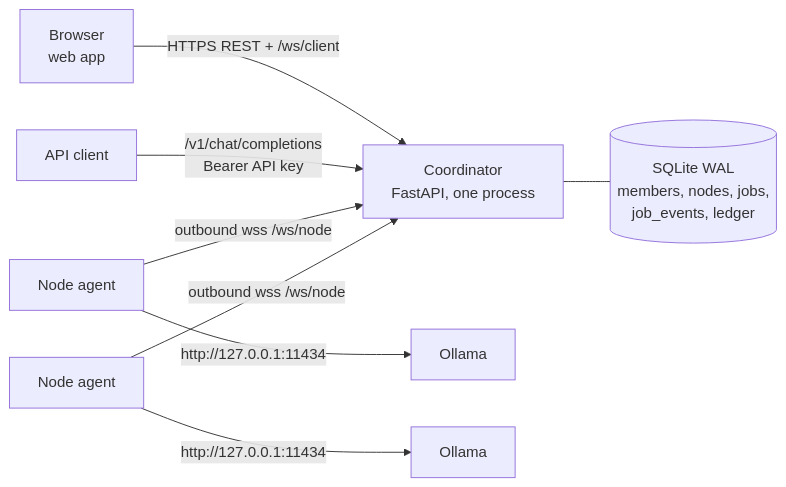
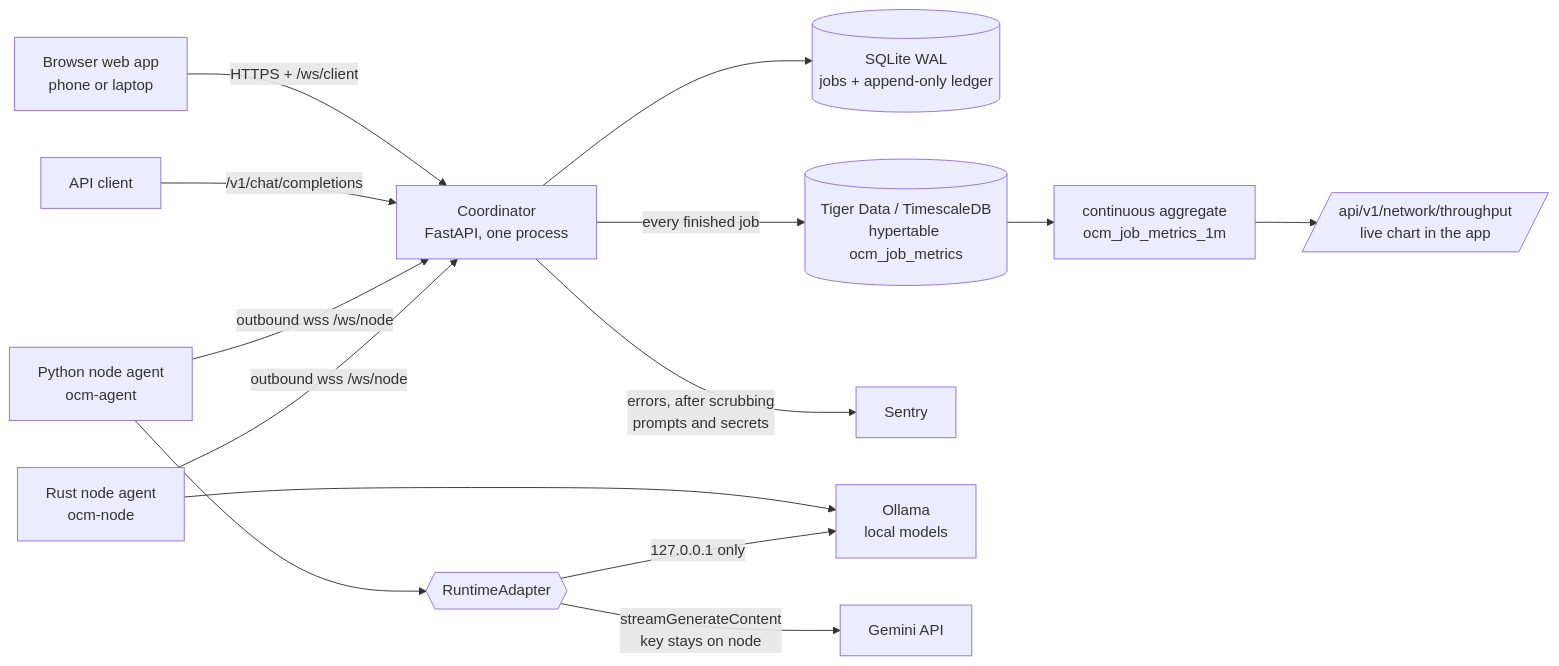
One commit to roshaninfordham/opencomputemesh changed the diagram in README.md. Above: the diagram before and after it, drawn with Mermaid. The commit also changed other lines of this file, not shown here.

Commit message:
Update README architecture diagram with Gemini, Tiger Data, Sentry and the Rust agent

````diff
--- a/README.md
+++ b/README.md
@@ -100,10 +154,15 @@
 ```mermaid
 flowchart LR
-  B[Browser<br/>web app] -- "HTTPS REST + /ws/client" --> C[Coordinator<br/>FastAPI, one process]
-  K[API client] -- "/v1/chat/completions<br/>Bearer API key" --> C
-  C --- D[(SQLite WAL<br/>members, nodes, jobs,<br/>job_events, ledger)]
-  A1[Node agent] -- "outbound wss /ws/node" --> C
-  A2[Node agent] -- "outbound wss /ws/node" --> C
-  A1 -- "http://127.0.0.1:11434" --> O1[Ollama]
-  A2 -- "http://127.0.0.1:11434" --> O2[Ollama]
+  B[Browser web app<br/>phone or laptop] -->|HTTPS + /ws/client| C
+  API[API client] -->|/v1/chat/completions| C
+  C[Coordinator<br/>FastAPI, one process] --> DB[(SQLite WAL<br/>jobs + append-only ledger)]
+  C -->|every finished job| TS[(Tiger Data / TimescaleDB<br/>hypertable ocm_job_metrics)]
+  TS --> CA[continuous aggregate<br/>ocm_job_metrics_1m] --> CH[/api/v1/network/throughput<br/>live chart in the app/]
+  C -->|errors, after scrubbing<br/>prompts and secrets| SE[Sentry]
+  PA[Python node agent<br/>ocm-agent] -->|outbound wss /ws/node| C
+  RA[Rust node agent<br/>ocm-node] -->|outbound wss /ws/node| C
+  PA --> AD{{RuntimeAdapter}}
+  RA --> OL
+  AD -->|127.0.0.1 only| OL[Ollama<br/>local models]
+  AD -->|streamGenerateContent<br/>key stays on node| GE[Gemini API]
 ```
````
